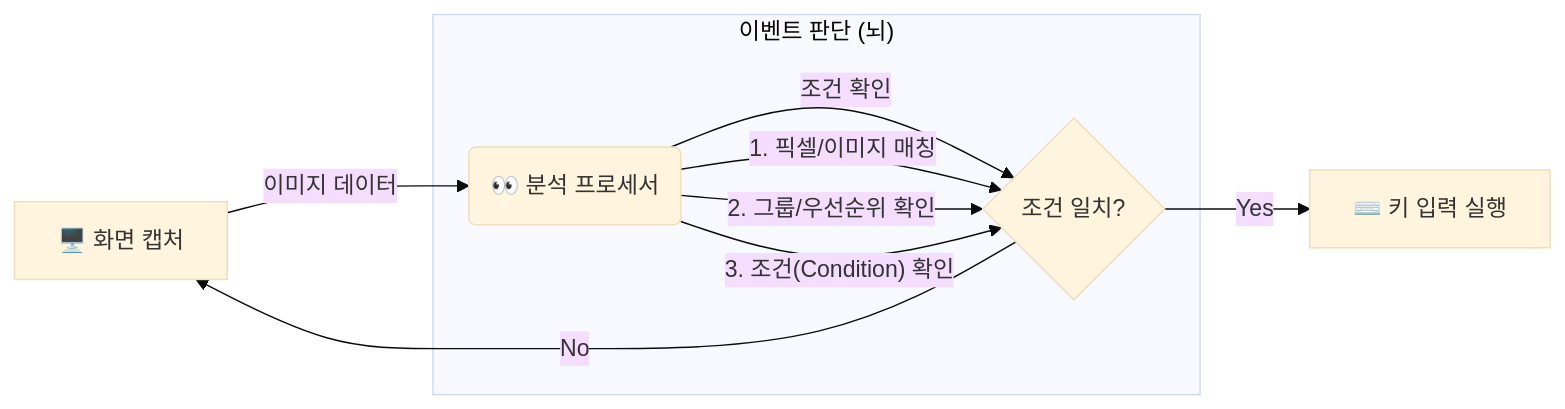
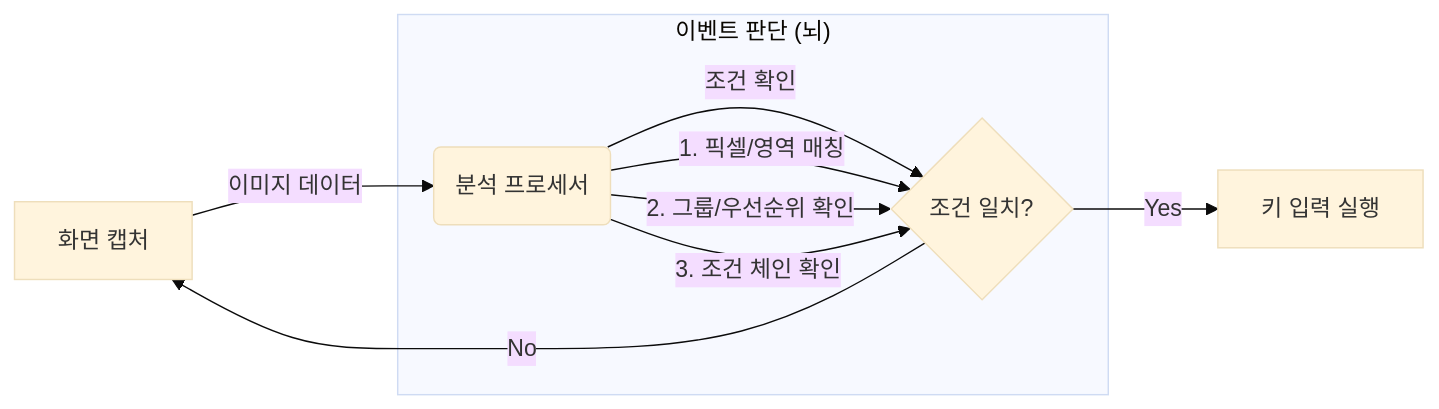
The diagram in MANUAL.md (sh1n-k/KeystrokeSimulator), drawn with Mermaid (base theme) before and after one commit. The commit also changed other lines of this file and 1 other file, not shown here.

````diff
--- a/MANUAL.md
+++ b/MANUAL.md
@@ -13,13 +13,13 @@
 ```mermaid
 graph LR
-    A[🖥️ 화면 캡처] -->|이미지 데이터| B(👀 분석 프로세서);
+    A[화면 캡처] -->|이미지 데이터| B(분석 프로세서);
     B -->|조건 확인| C{조건 일치?};
-    C -->|Yes| D[⌨️ 키 입력 실행];
+    C -->|Yes| D[키 입력 실행];
     C -->|No| A;
-    
+
     subgraph "이벤트 판단 (뇌)"
-    B -- 1. 픽셀/이미지 매칭 --> C
+    B -- 1. 픽셀/영역 매칭 --> C
     B -- 2. 그룹/우선순위 확인 --> C
-    B -- 3. 조건(Condition) 확인 --> C
+    B -- 3. 조건 체인 확인 --> C
     end
 ```
````
